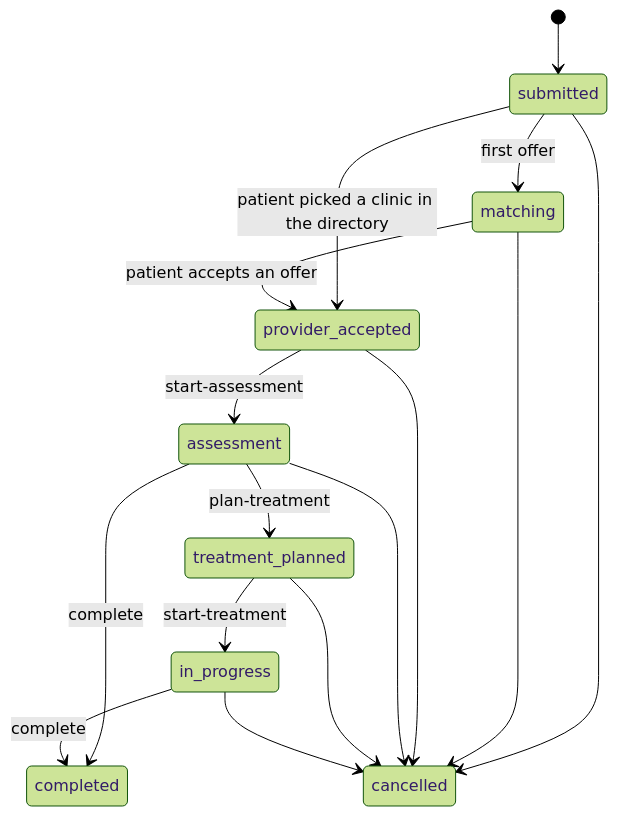
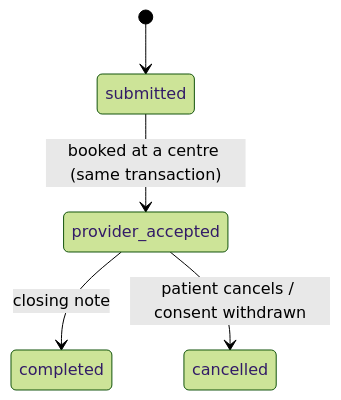
The second of 3 diagrams in docs/data-model.md (Ghosted34/CAREBRIDGE), drawn with Mermaid (forest theme) before and after one commit. The commit also changed other lines of this file and 110 other files, not shown here.

First line of the commit message:
feat: realign MVP flow to simplify patient booking process (#5)

````diff
--- a/docs/data-model.md
+++ b/docs/data-model.md
@@ -92,18 +91,7 @@
 ```mermaid
 stateDiagram-v2
   [*] --> submitted
-  submitted --> matching: first offer
-  submitted --> provider_accepted: patient picked a clinic in the directory
-  matching --> provider_accepted: patient accepts an offer
-  provider_accepted --> assessment: start-assessment
-  assessment --> treatment_planned: plan-treatment
-  assessment --> completed: complete
-  treatment_planned --> in_progress: start-treatment
-  in_progress --> completed: complete
-  submitted --> cancelled
-  matching --> cancelled
-  provider_accepted --> cancelled
-  assessment --> cancelled
-  treatment_planned --> cancelled
-  in_progress --> cancelled
+  submitted --> provider_accepted: booked at a centre (same transaction)
+  provider_accepted --> completed: closing note
+  provider_accepted --> cancelled: patient cancels / consent withdrawn
 ```
````
